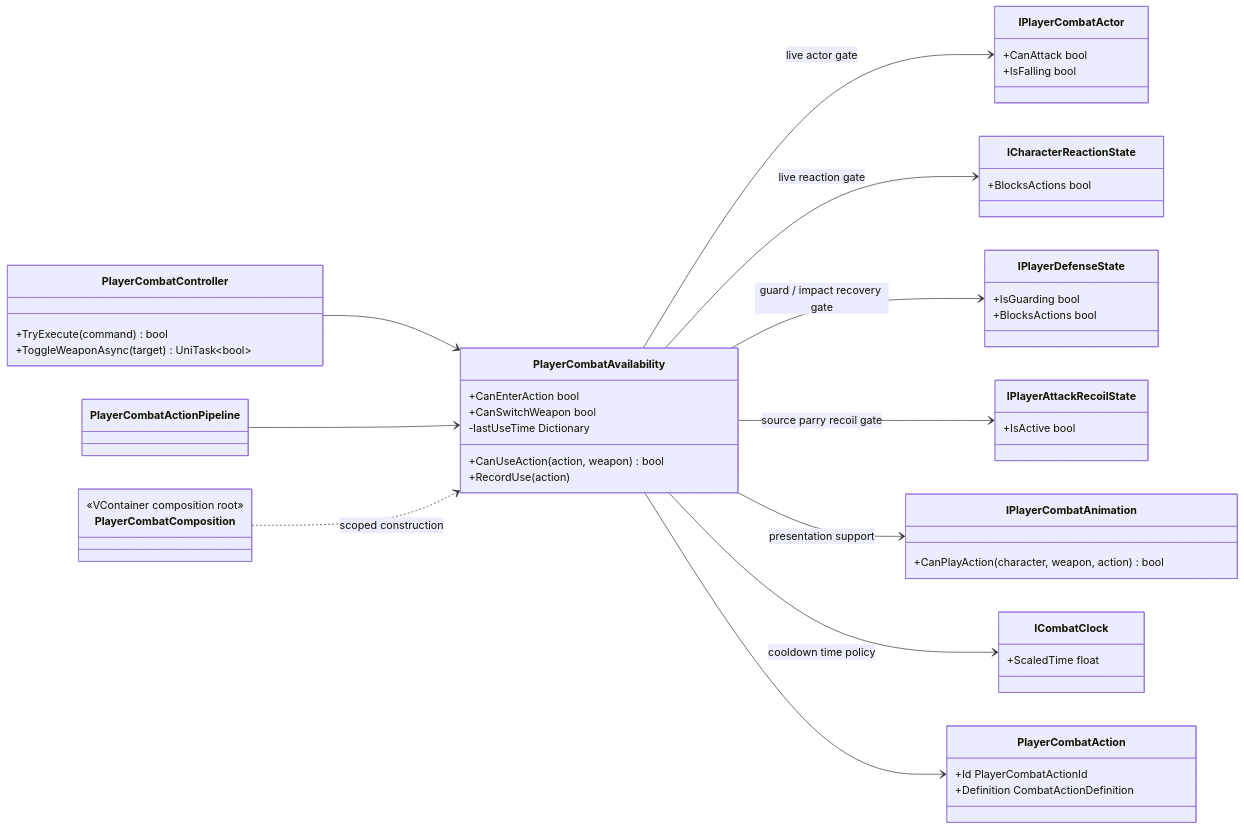
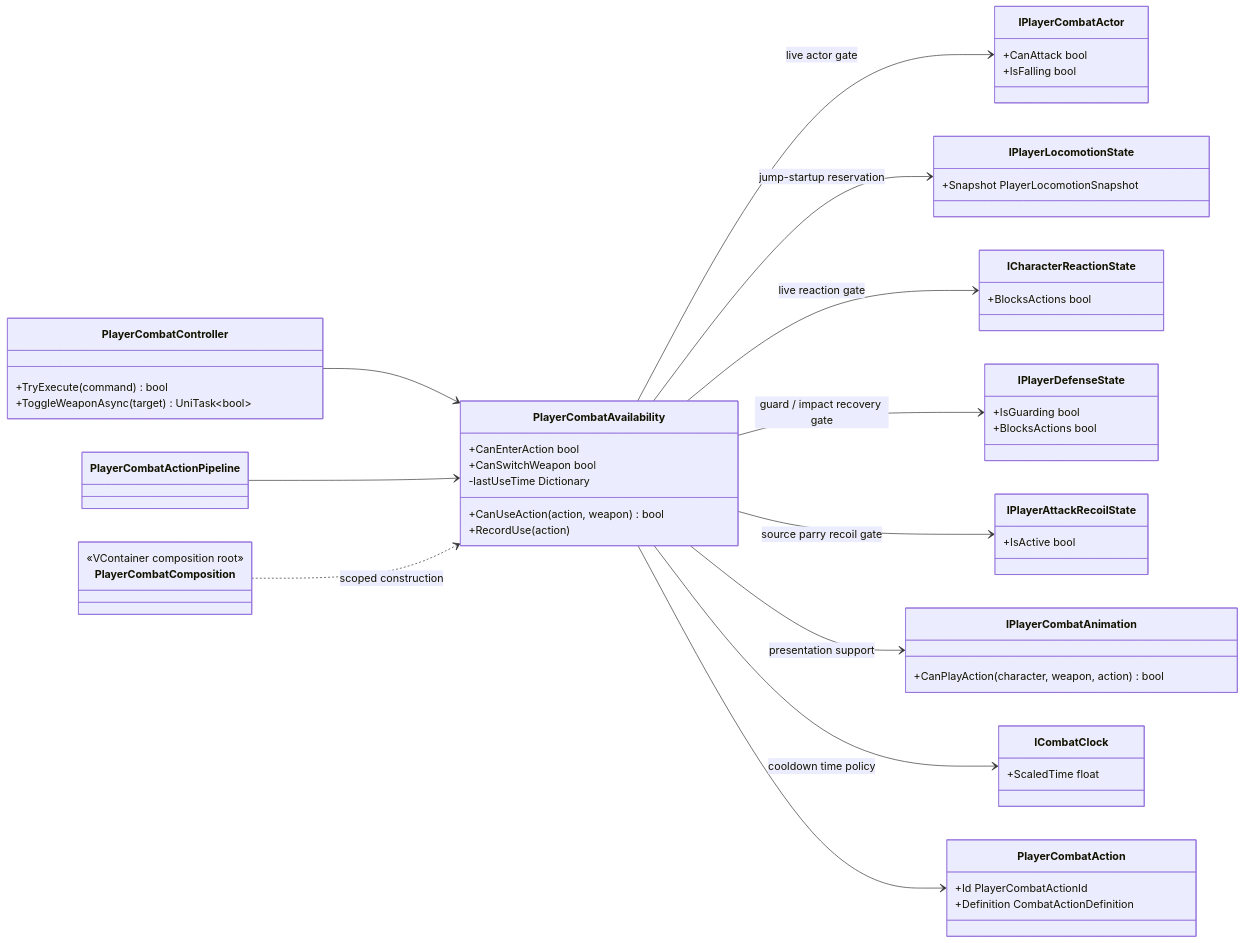
One commit to MaximFonariuc/project-s changed the diagram in Docs/Architecture/Combat.ActionAvailability.md. Above: the diagram before and after it, drawn with Mermaid. The commit also changed other lines of this file and 9 other files, not shown here.

Commit message:
fix(combat): reserve jump startup through takeoff

````diff
--- a/Docs/Architecture/Combat.ActionAvailability.md
+++ b/Docs/Architecture/Combat.ActionAvailability.md
@@ -18,55 +18,59 @@
 ```mermaid
 classDiagram
     direction LR
 
     class PlayerCombatController {
         +TryExecute(command) bool
         +ToggleWeaponAsync(target) UniTask~bool~
     }
     class PlayerCombatActionPipeline
     class PlayerCombatAvailability {
         +CanEnterAction bool
         +CanSwitchWeapon bool
         +CanUseAction(action, weapon) bool
         +RecordUse(action)
         -lastUseTime Dictionary
     }
     class IPlayerCombatActor {
         +CanAttack bool
         +IsFalling bool
+    }
+    class IPlayerLocomotionState {
+        +Snapshot PlayerLocomotionSnapshot
     }
     class ICharacterReactionState {
         +BlocksActions bool
     }
     class IPlayerDefenseState {
         +IsGuarding bool
         +BlocksActions bool
     }
     class IPlayerAttackRecoilState {
         +IsActive bool
     }
     class IPlayerCombatAnimation {
         +CanPlayAction(character, weapon, action) bool
     }
     class ICombatClock {
         +ScaledTime float
     }
     class PlayerCombatAction {
         +Id PlayerCombatActionId
         +Definition CombatActionDefinition
     }
     class PlayerCombatComposition {
         <<VContainer composition root>>
     }
 
     PlayerCombatController --> PlayerCombatAvailability
     PlayerCombatActionPipeline --> PlayerCombatAvailability
     PlayerCombatAvailability --> IPlayerCombatActor : live actor gate
+    PlayerCombatAvailability --> IPlayerLocomotionState : jump-startup reservation
     PlayerCombatAvailability --> ICharacterReactionState : live reaction gate
     PlayerCombatAvailability --> IPlayerDefenseState : guard / impact recovery gate
     PlayerCombatAvailability --> IPlayerAttackRecoilState : source parry recoil gate
     PlayerCombatAvailability --> IPlayerCombatAnimation : presentation support
     PlayerCombatAvailability --> ICombatClock : cooldown time policy
     PlayerCombatAvailability --> PlayerCombatAction
     PlayerCombatComposition ..> PlayerCombatAvailability : scoped construction
 ```
````
